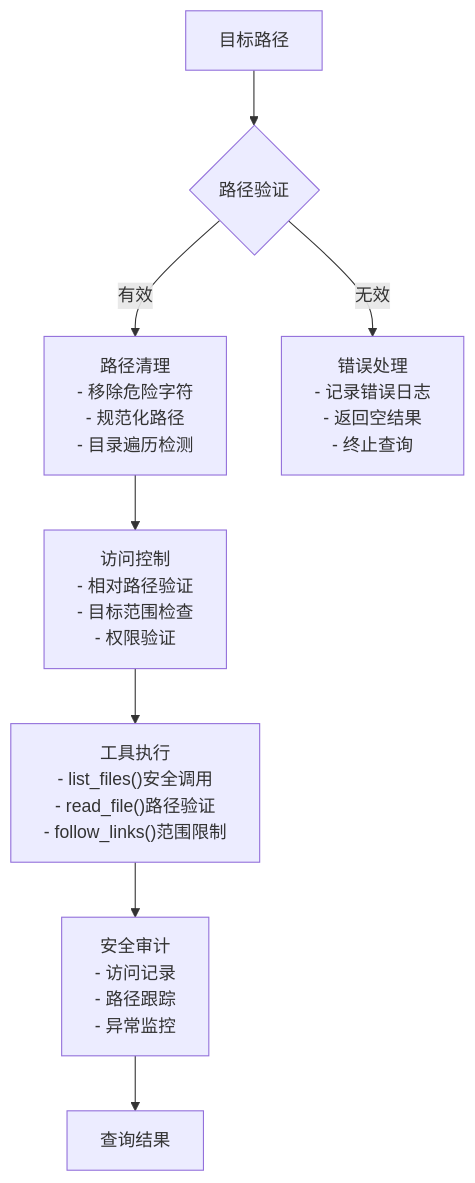
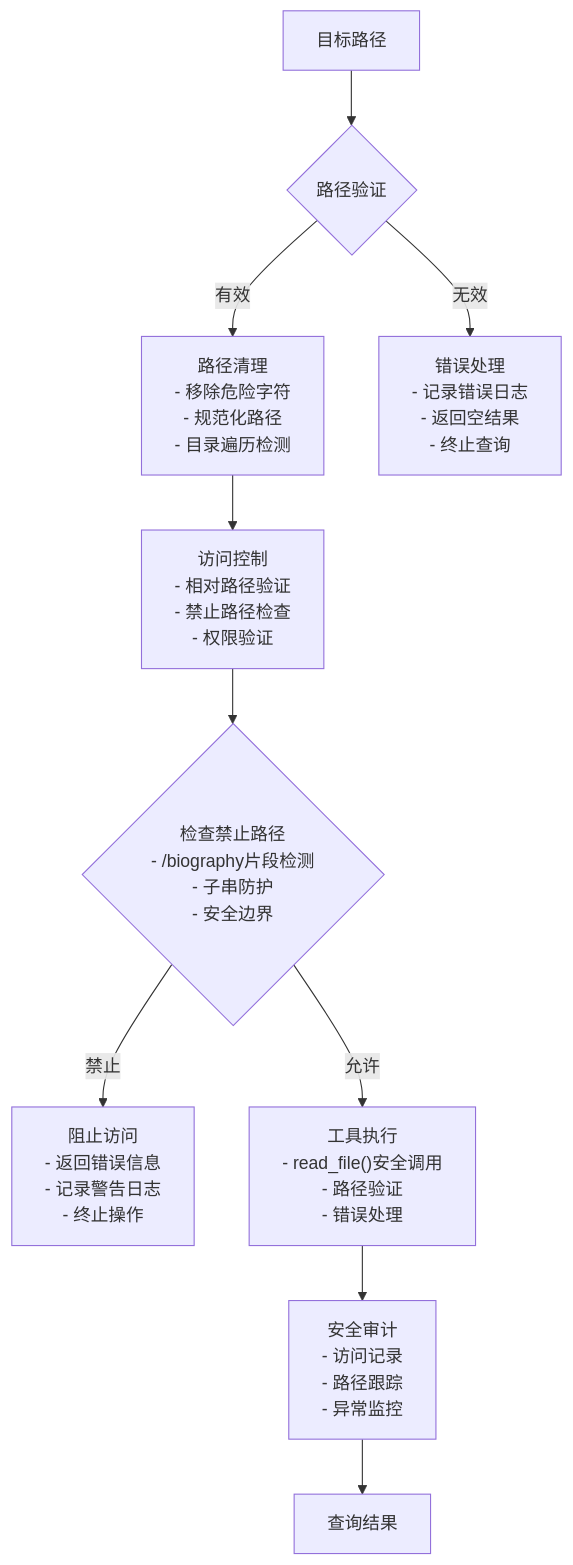
One commit to WangYiKai1017/zizuan changed the seventh of 8 diagrams in .qoder/repowiki/zh/content/知识库系统/知识库查询机制.md. Above: the diagram before and after it, drawn with Mermaid. The commit also changed other lines of this file and 7 other files, not shown here.

````diff
--- a/.qoder/repowiki/zh/content/知识库系统/知识库查询机制.md
+++ b/.qoder/repowiki/zh/content/知识库系统/知识库查询机制.md
@@ -316,10 +289,12 @@
 ```mermaid
 flowchart TD
 TargetPath[目标路径] --> Validation{路径验证}
 Validation --> |有效| PathSanitization["路径清理<br/>- 移除危险字符<br/>- 规范化路径<br/>- 目录遍历检测"]
 Validation --> |无效| ErrorHandling["错误处理<br/>- 记录错误日志<br/>- 返回空结果<br/>- 终止查询"]
-PathSanitization --> AccessControl["访问控制<br/>- 相对路径验证<br/>- 目标范围检查<br/>- 权限验证"]
-AccessControl --> ToolExecution["工具执行<br/>- list_files()安全调用<br/>- read_file()路径验证<br/>- follow_links()范围限制"]
+PathSanitization --> AccessControl["访问控制<br/>- 相对路径验证<br/>- 禁止路径检查<br/>- 权限验证"]
+AccessControl --> ForbiddenCheck{"检查禁止路径<br/>- /biography片段检测<br/>- 子串防护<br/>- 安全边界"}
+ForbiddenCheck --> |禁止| BlockAccess["阻止访问<br/>- 返回错误信息<br/>- 记录警告日志<br/>- 终止操作"]
+ForbiddenCheck --> |允许| ToolExecution["工具执行<br/>- read_file()安全调用<br/>- 路径验证<br/>- 错误处理"]
 ToolExecution --> SecurityAudit["安全审计<br/>- 访问记录<br/>- 路径跟踪<br/>- 异常监控"]
 SecurityAudit --> Result[查询结果]
 ```
````
